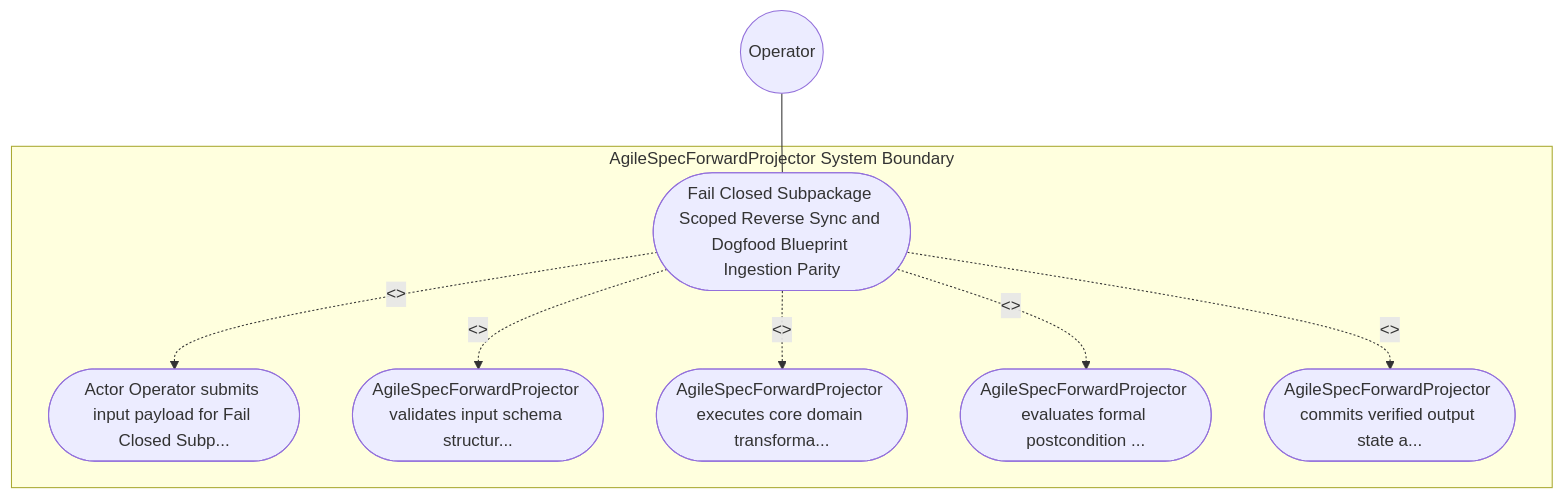
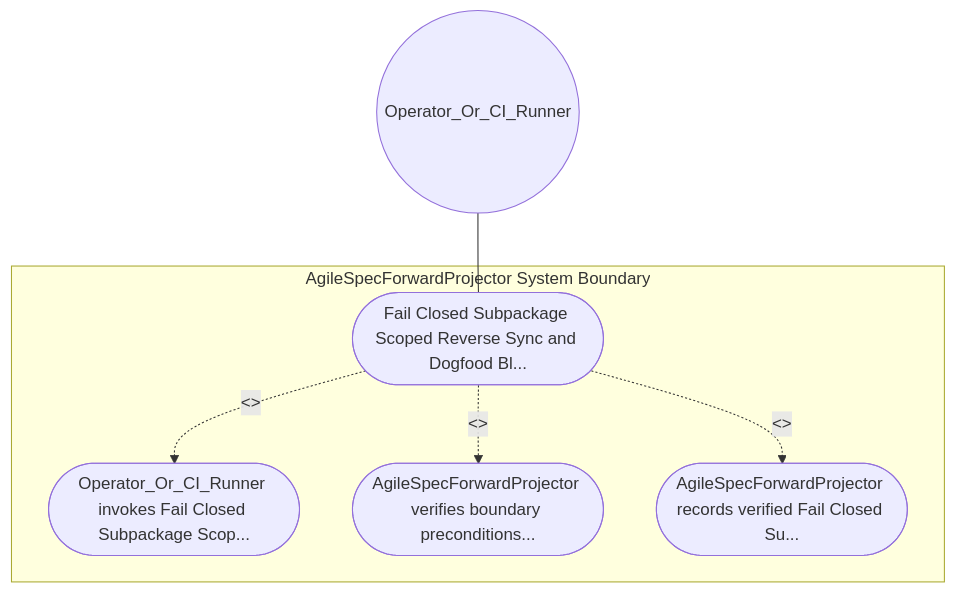
The diagram in .pipeline/upstream/docs/use-cases/UC-20-Fail_Closed_Subpackage_Scoped_Reverse_Sync_and_Dogfood_Blueprint_Ingestion_Parity.md (gintatkinson/DEAP01-spec-core), drawn with Mermaid before and after one commit. The commit also changed other lines of this file and 213 other files, not shown here.

Commit message:
fix(upstream): regenerate blueprint sidecars, upstream dogfood specs, and GitHub backlog (refs #691, #692, #693, #694, #695, #696, #697, #698, #699)

````diff
--- a/.pipeline/upstream/docs/use-cases/UC-20-Fail_Closed_Subpackage_Scoped_Reverse_Sync_and_Dogfood_Blueprint_Ingestion_Parity.md
+++ b/.pipeline/upstream/docs/use-cases/UC-20-Fail_Closed_Subpackage_Scoped_Reverse_Sync_and_Dogfood_Blueprint_Ingestion_Parity.md
@@ -16,17 +16,13 @@
 ```mermaid
 graph TD
     subgraph "AgileSpecForwardProjector System Boundary"
-        UC_Main(["Fail Closed Subpackage Scoped Reverse Sync and Dogfood Blueprint Ingestion Parity"])
-        UC_Step01(["Actor Operator submits input payload for Fail Closed Subp..."])
-        UC_Step02(["AgileSpecForwardProjector validates input schema structur..."])
-        UC_Step03(["AgileSpecForwardProjector executes core domain transforma..."])
-        UC_Step04(["AgileSpecForwardProjector evaluates formal postcondition ..."])
-        UC_Step05(["AgileSpecForwardProjector commits verified output state a..."])
+        UC_Main(["Fail Closed Subpackage Scoped Reverse Sync and Dogfood Bl..."])
+        UC_Step01(["Operator_Or_CI_Runner invokes Fail Closed Subpackage Scop..."])
+        UC_Step02(["AgileSpecForwardProjector verifies boundary preconditions..."])
+        UC_Step03(["AgileSpecForwardProjector records verified Fail Closed Su..."])
     end
-    Operator(("Operator")) --- UC_Main
+    Operator_Or_CI_Runner(("Operator_Or_CI_Runner")) --- UC_Main
     UC_Main -. "<<include>>" .-> UC_Step01
     UC_Main -. "<<include>>" .-> UC_Step02
     UC_Main -. "<<include>>" .-> UC_Step03
-    UC_Main -. "<<include>>" .-> UC_Step04
-    UC_Main -. "<<include>>" .-> UC_Step05
 ```
````
